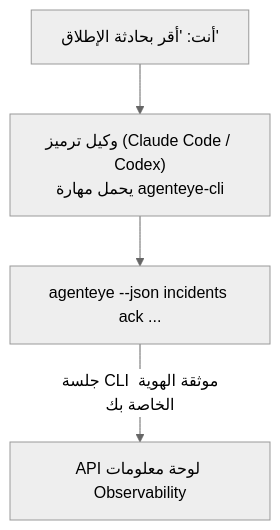
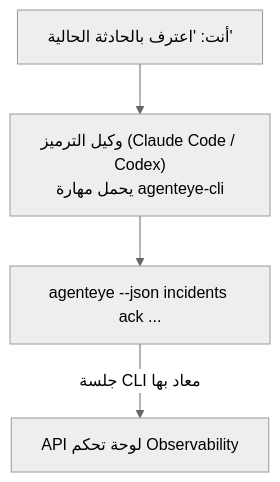
Before and after one commit to GongYuanCaiJi/failproofai: the diagram in docs/ar/agenteye/cli-skill.mdx, drawn with Mermaid (neutral theme). The commit also changed other lines of this file and 364 other files, not shown here.

````diff
--- a/docs/ar/agenteye/cli-skill.mdx
+++ b/docs/ar/agenteye/cli-skill.mdx
@@ -26,6 +28,6 @@
 ```mermaid
 flowchart TD
-    YOU["أنت: 'أقر بحادثة الإطلاق'"] --> AGENT["وكيل ترميز (Claude Code / Codex)<br/>يحمل مهارة agenteye-cli"]
+    YOU["أنت: 'اعترف بالحادثة الحالية'"] --> AGENT["وكيل الترميز (Claude Code / Codex)<br/>يحمل مهارة agenteye-cli"]
     AGENT --> CLI["agenteye --json incidents ack ..."]
-    CLI -->|جلسة CLI موثقة الهوية الخاصة بك| API["API لوحة معلومات Observability"]
+    CLI -->|جلسة CLI معاد بها| API["API لوحة تحكم Observability"]
 ```
````
